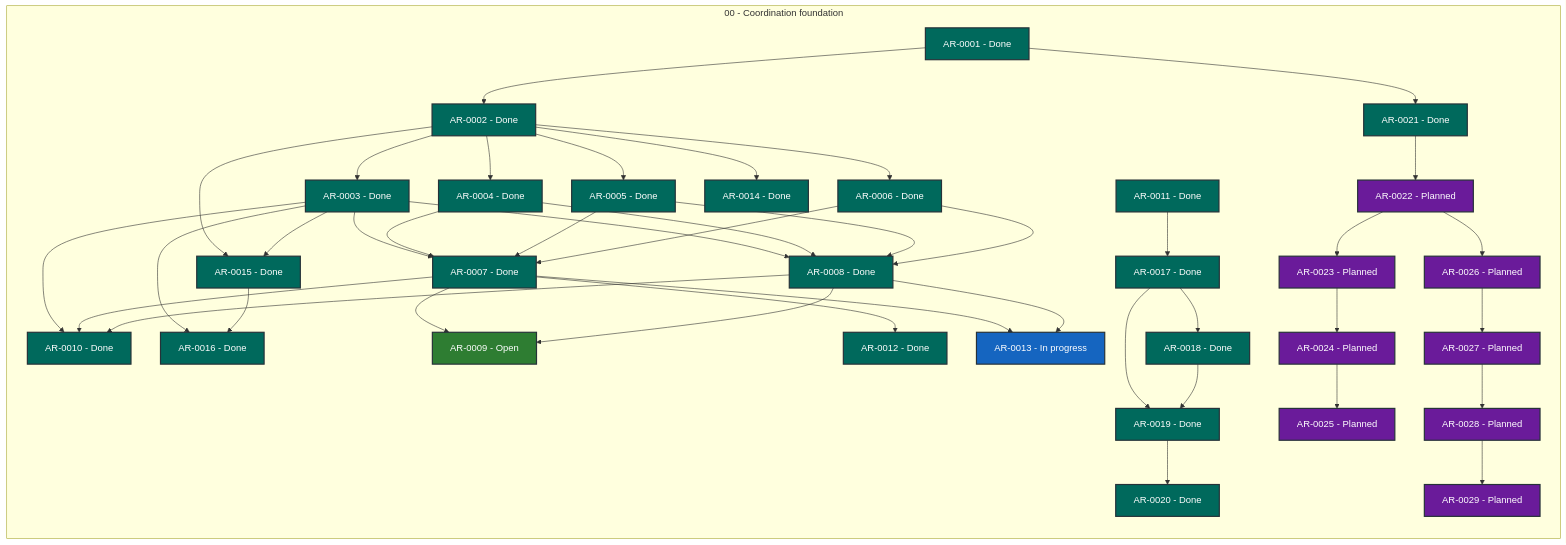
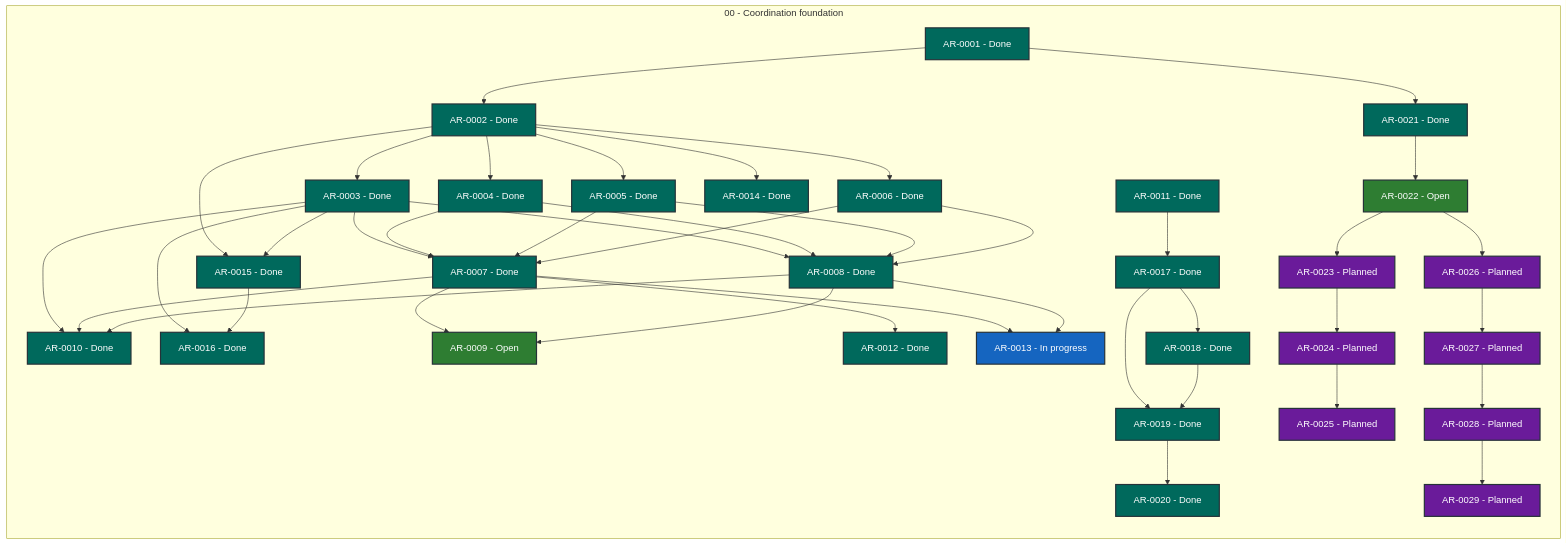
The diagram in STATUS.md (martin-beck/agent-workflow-coordinator-state), drawn with Mermaid before and after one commit. The commit also changed other lines of this file and 2 other files, not shown here.

```diff
--- a/STATUS.md
+++ b/STATUS.md
@@ -49,7 +49,7 @@
         AR_0019["AR-0019 - Done"]:::status_done
         AR_0020["AR-0020 - Done"]:::status_done
         AR_0021["AR-0021 - Done"]:::status_done
-        AR_0022["AR-0022 - Planned"]:::status_planned
+        AR_0022["AR-0022 - Open"]:::status_open
         AR_0023["AR-0023 - Planned"]:::status_planned
         AR_0024["AR-0024 - Planned"]:::status_planned
         AR_0025["AR-0025 - Planned"]:::status_planned
```
